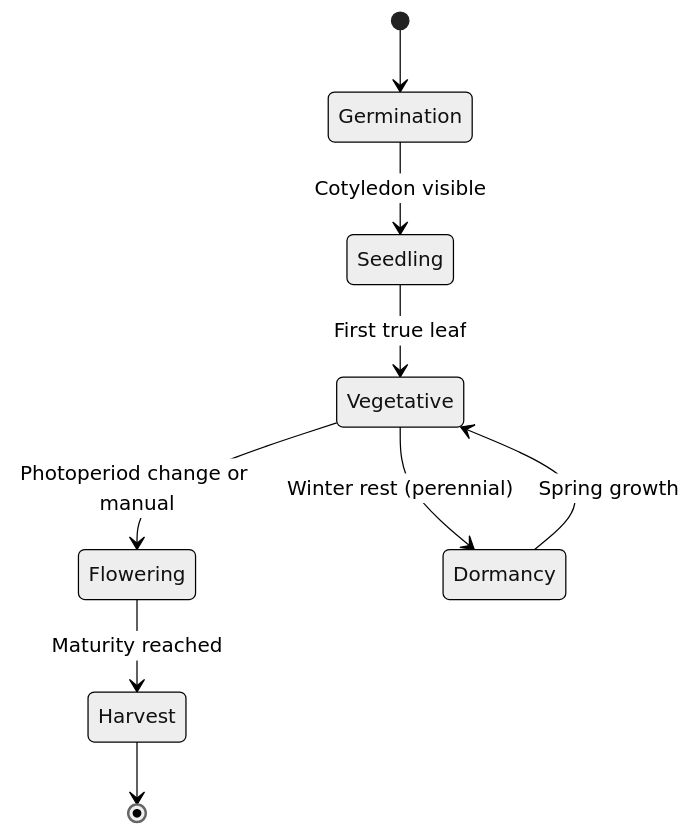
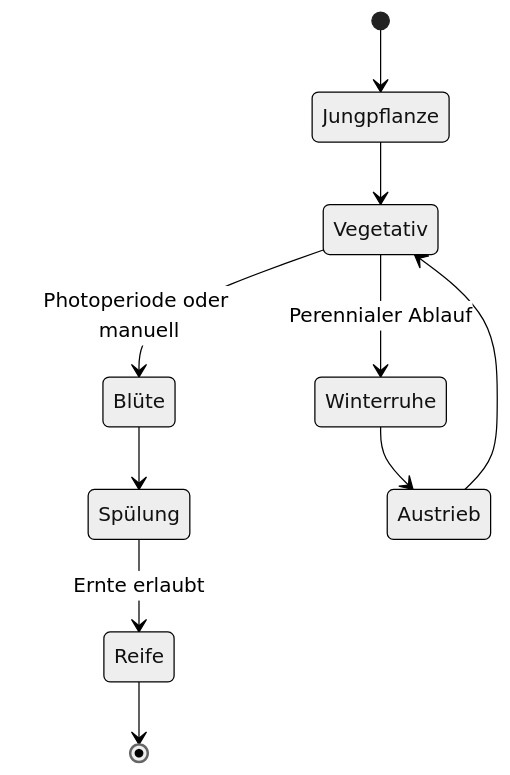
Before and after one commit to nolte/kamerplanter: the diagram in docs/de/user-guide/growth-phases.md, drawn with Mermaid (neutral theme). The commit also changed other lines of this file and 48 other files, not shown here.

````diff
--- a/docs/de/user-guide/growth-phases.md
+++ b/docs/de/user-guide/growth-phases.md
@@ -19,11 +57,13 @@
 ```mermaid
 stateDiagram-v2
-    [*] --> Germination
-    Germination --> Seedling : Cotyledon visible
-    Seedling --> Vegetative : First true leaf
-    Vegetative --> Flowering : Photoperiod change or manual
-    Flowering --> Harvest : Maturity reached
-    Harvest --> [*]
-    Vegetative --> Dormancy : Winter rest (perennial)
-    Dormancy --> Vegetative : Spring growth
+    [*] --> Jungpflanze
+    Jungpflanze --> Vegetativ
+    Vegetativ --> Blüte : Photoperiode oder manuell
+    Blüte --> Spülung
+    Spülung --> Reife : Ernte erlaubt
+    Reife --> [*]
+
+    Vegetativ --> Winterruhe : Perennialer Ablauf
+    Winterruhe --> Austrieb
+    Austrieb --> Vegetativ
 ```
````
